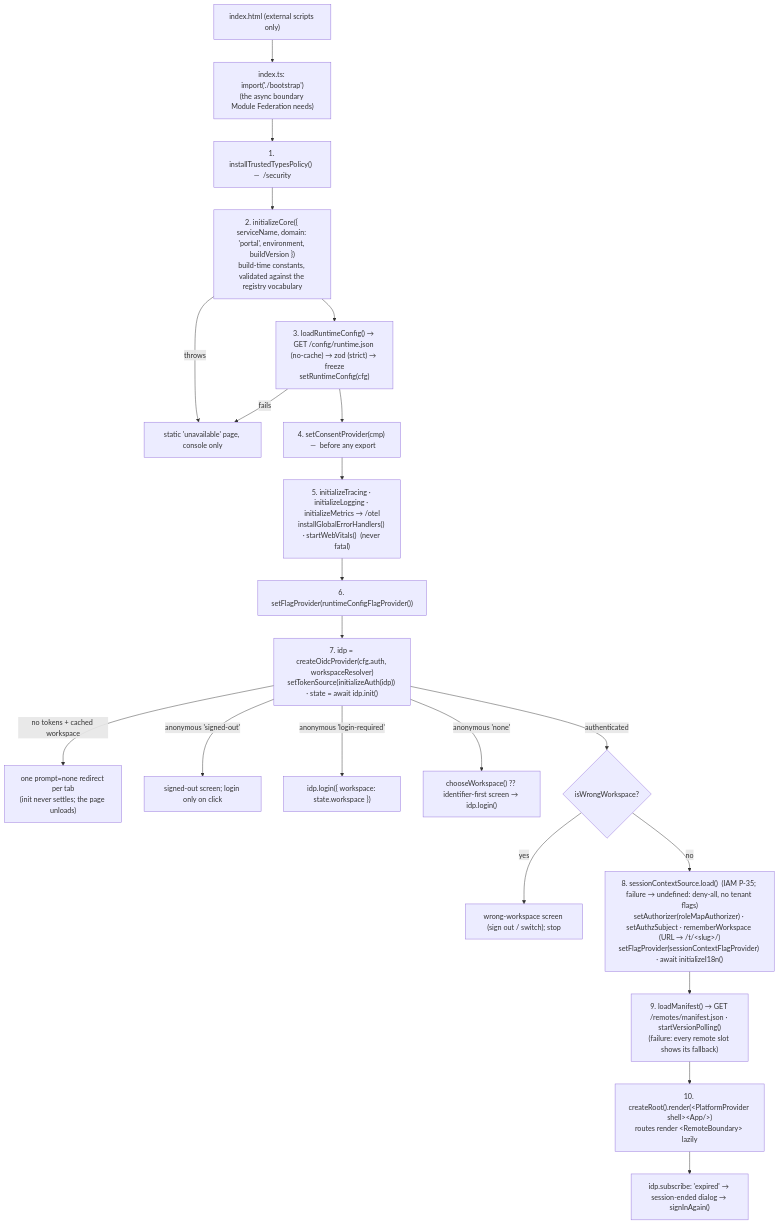
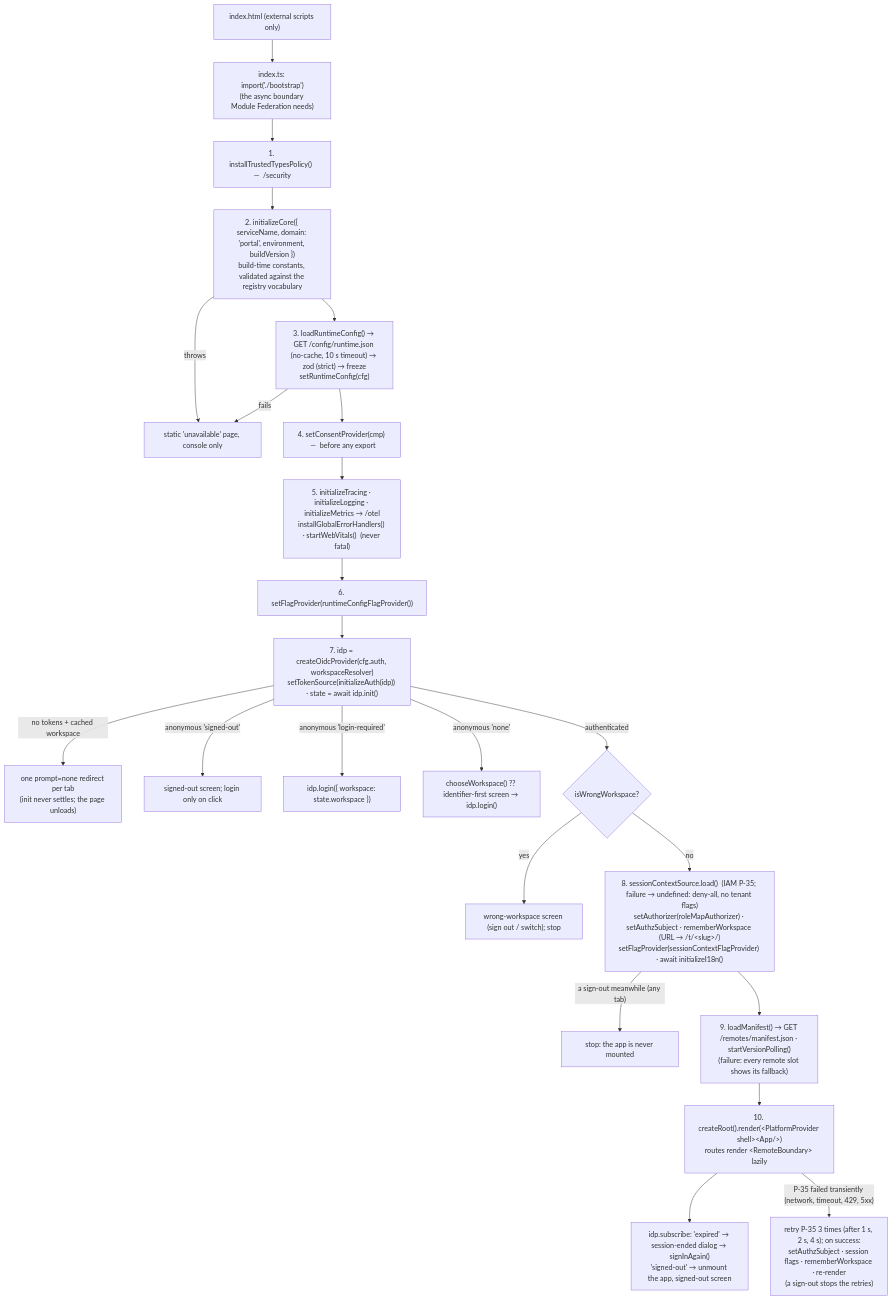
Before and after one commit to BCBP-SOLUTIONS-FZC-LLC/platform-reactcommon: the diagram in docs/architecture/mermaid/shell-bootstrap.mmd, drawn with Mermaid. The commit also changed 71 other files, not shown here.

```diff
--- a/docs/architecture/mermaid/shell-bootstrap.mmd
+++ b/docs/architecture/mermaid/shell-bootstrap.mmd
@@ -1,21 +1,23 @@
 flowchart TD
     html["index.html (external scripts only)"] --> idx["index.ts: import('./bootstrap')<br/>(the async boundary Module Federation needs)"]
     idx --> tt["1. installTrustedTypesPolicy()  —  /security"]
     tt --> core["2. initializeCore({ serviceName, domain: 'portal', environment, buildVersion })<br/>build-time constants, validated against the registry vocabulary"]
     core -->|throws| fatal["static 'unavailable' page, console only"]
-    core --> cfg["3. loadRuntimeConfig() → GET /config/runtime.json (no-cache) → zod (strict) → freeze<br/>setRuntimeConfig(cfg)"]
+    core --> cfg["3. loadRuntimeConfig() → GET /config/runtime.json (no-cache, 10 s timeout) → zod (strict) → freeze<br/>setRuntimeConfig(cfg)"]
     cfg -->|fails| fatal
     cfg --> consent["4. setConsentProvider(cmp)  —  before any export"]
     consent --> tel["5. initializeTracing · initializeLogging · initializeMetrics → /otel<br/>installGlobalErrorHandlers() · startWebVitals()  (never fatal)"]
     tel --> flags["6. setFlagProvider(runtimeConfigFlagProvider())"]
     flags --> auth["7. idp = createOidcProvider(cfg.auth, workspaceResolver)<br/>setTokenSource(initializeAuth(idp)) · state = await idp.init()"]
     auth -->|"no tokens + cached workspace"| restore["one prompt=none redirect per tab<br/>(init never settles; the page unloads)"]
     auth -->|"anonymous 'signed-out'"| signedout["signed-out screen; login only on click"]
     auth -->|"anonymous 'login-required'"| login1["idp.login({ workspace: state.workspace })"]
     auth -->|"anonymous 'none'"| choose["chooseWorkspace() ?? identifier-first screen → idp.login()"]
     auth -->|"authenticated"| wrong{"isWrongWorkspace?"}
     wrong -->|yes| wrongscreen["wrong-workspace screen (sign out / switch); stop"]
     wrong -->|no| ctx["8. sessionContextSource.load()  (IAM P-35; failure → undefined: deny-all, no tenant flags)<br/>setAuthorizer(roleMapAuthorizer) · setAuthzSubject · rememberWorkspace (URL → /t/&lt;slug&gt;/)<br/>setFlagProvider(sessionContextFlagProvider) · await initializeI18n()"]
+    ctx -->|"a sign-out meanwhile (any tab)"| stop["stop: the app is never mounted"]
     ctx --> manifest["9. loadManifest() → GET /remotes/manifest.json · startVersionPolling()<br/>(failure: every remote slot shows its fallback)"]
     manifest --> render["10. createRoot().render(&lt;PlatformProvider shell&gt;&lt;App/&gt;)<br/>routes render &lt;RemoteBoundary&gt; lazily"]
-    render --> expired["idp.subscribe: 'expired' → session-ended dialog → signInAgain()"]
+    render --> expired["idp.subscribe: 'expired' → session-ended dialog → signInAgain()<br/>'signed-out' → unmount the app, signed-out screen"]
+    render -->|"P-35 failed transiently (network, timeout, 429, 5xx)"| ctxretry["retry P-35 3 times (after 1 s, 2 s, 4 s); on success:<br/>setAuthzSubject · session flags · rememberWorkspace · re-render<br/>(a sign-out stops the retries)"]
```
